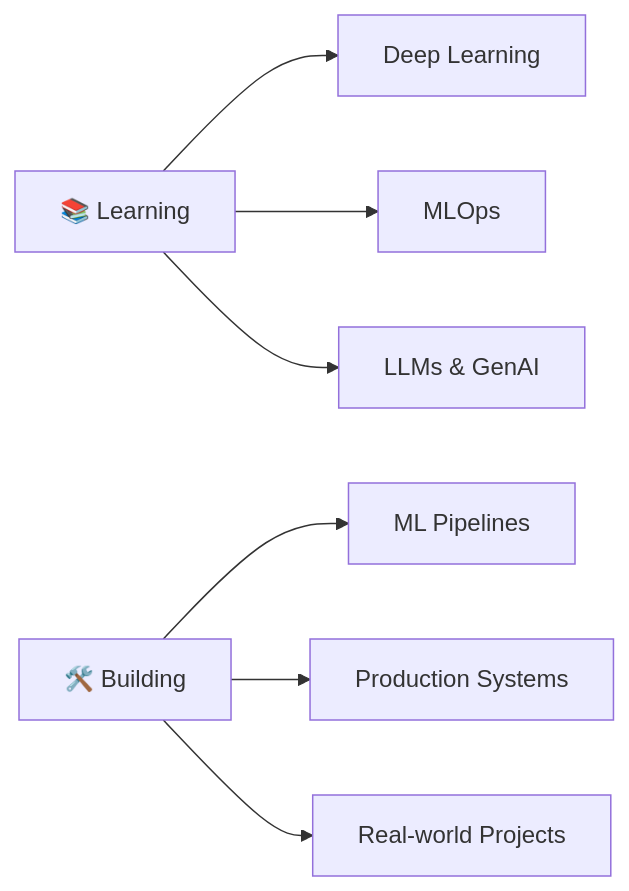
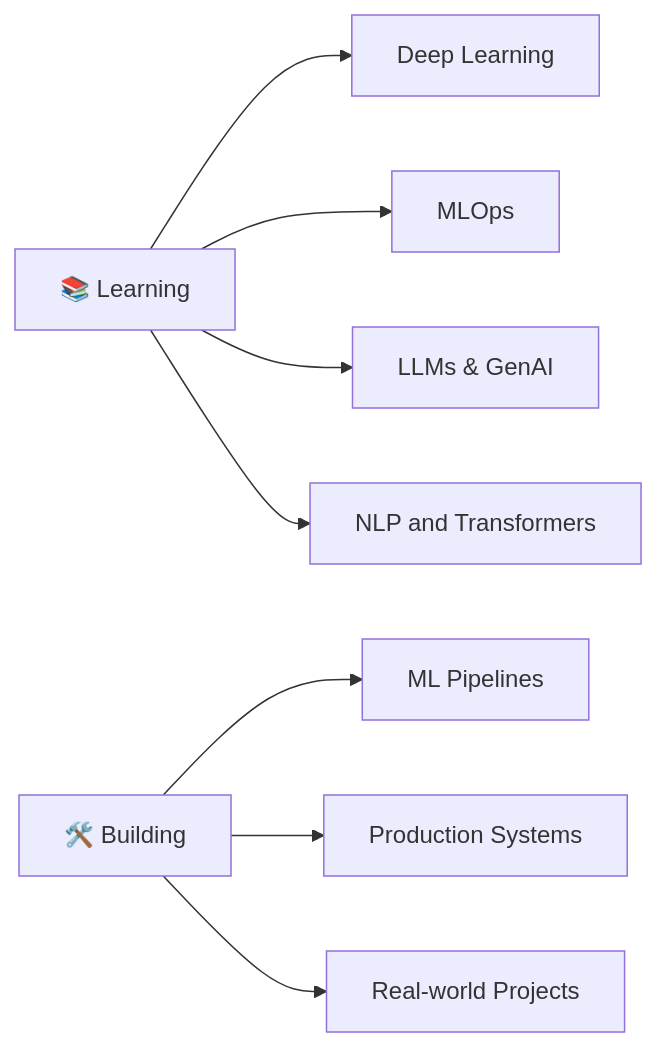
One commit to Saumyajain0003/Saumyajain0003 changed the diagram in README.md. Above: the diagram before and after it, drawn with Mermaid.

Commit message:
my profile

````diff
--- a/README.md
+++ b/README.md
@@ -105,9 +105,10 @@
 ```mermaid
 graph LR
     A[📚 Learning] --> B[Deep Learning]
     A --> C[MLOps]
     A --> D[LLMs & GenAI]
+    A --> I[NLP and Transformers]
     E[🛠️ Building] --> F[ML Pipelines]
     E --> G[Production Systems]
     E --> H[Real-world Projects]
 ```
````
